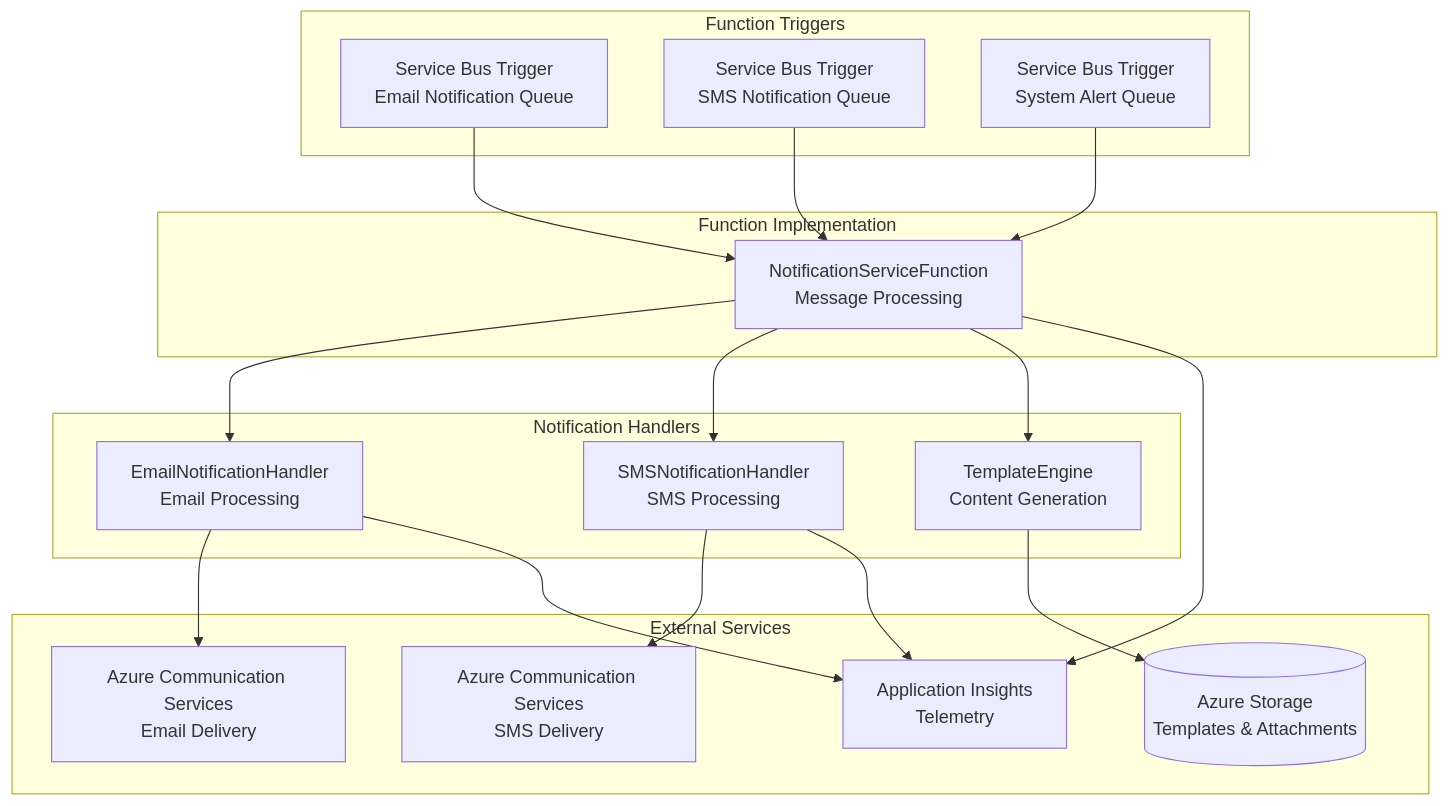
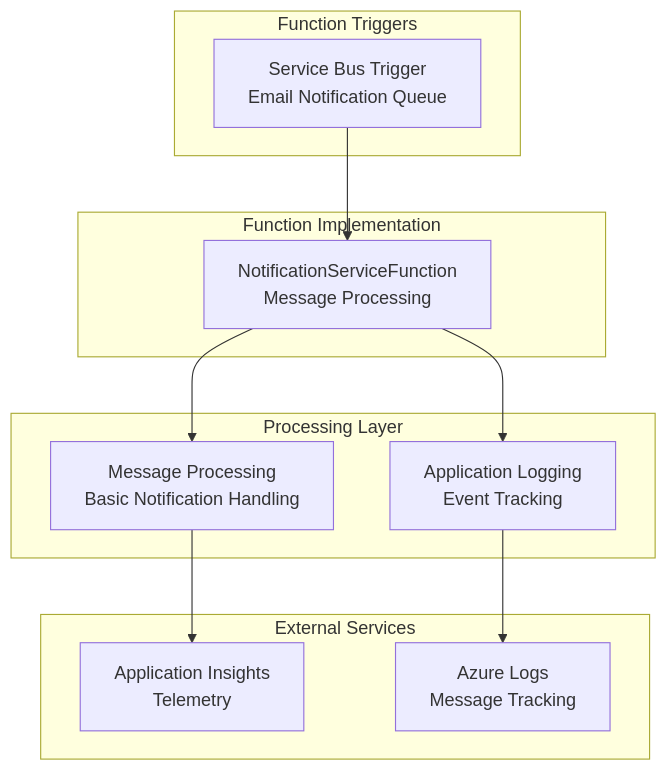
The first of 2 diagrams in functions/notification-service/README.md (eramax/if-insurance), drawn with Mermaid before and after one commit. The commit also changed other lines of this file and 8 other files, not shown here.

````diff
--- a/functions/notification-service/README.md
+++ b/functions/notification-service/README.md
@@ -17,41 +16,27 @@
 ```mermaid
 graph TB
     subgraph "Function Triggers"
         SB_EMAIL[Service Bus Trigger<br/>Email Notification Queue]
-        SB_SMS[Service Bus Trigger<br/>SMS Notification Queue]
-        SB_ALERT[Service Bus Trigger<br/>System Alert Queue]
     end
 
     subgraph "Function Implementation"
         NOTIFICATION_FUNC[NotificationServiceFunction<br/>Message Processing]
     end
 
-    subgraph "Notification Handlers"
-        EMAIL_HANDLER[EmailNotificationHandler<br/>Email Processing]
-        SMS_HANDLER[SMSNotificationHandler<br/>SMS Processing]
-        TEMPLATE_ENGINE[TemplateEngine<br/>Content Generation]
+    subgraph "Processing Layer"
+        MESSAGE_HANDLER[Message Processing<br/>Basic Notification Handling]
+        LOGGING[Application Logging<br/>Event Tracking]
     end
 
     subgraph "External Services"
-        EMAIL_SVC[Azure Communication Services<br/>Email Delivery]
-        SMS_SVC[Azure Communication Services<br/>SMS Delivery]
-        STORAGE[(Azure Storage<br/>Templates & Attachments)]
         AI[Application Insights<br/>Telemetry]
+        LOGS[Azure Logs<br/>Message Tracking]
     end
 
     SB_EMAIL --> NOTIFICATION_FUNC
-    SB_SMS --> NOTIFICATION_FUNC
-    SB_ALERT --> NOTIFICATION_FUNC
+    NOTIFICATION_FUNC --> MESSAGE_HANDLER
+    NOTIFICATION_FUNC --> LOGGING
 
-    NOTIFICATION_FUNC --> EMAIL_HANDLER
-    NOTIFICATION_FUNC --> SMS_HANDLER
-    NOTIFICATION_FUNC --> TEMPLATE_ENGINE
-
-    EMAIL_HANDLER --> EMAIL_SVC
-    SMS_HANDLER --> SMS_SVC
-    TEMPLATE_ENGINE --> STORAGE
-
-    NOTIFICATION_FUNC --> AI
-    EMAIL_HANDLER --> AI
-    SMS_HANDLER --> AI
+    MESSAGE_HANDLER --> AI
+    LOGGING --> LOGS
 ```
````
